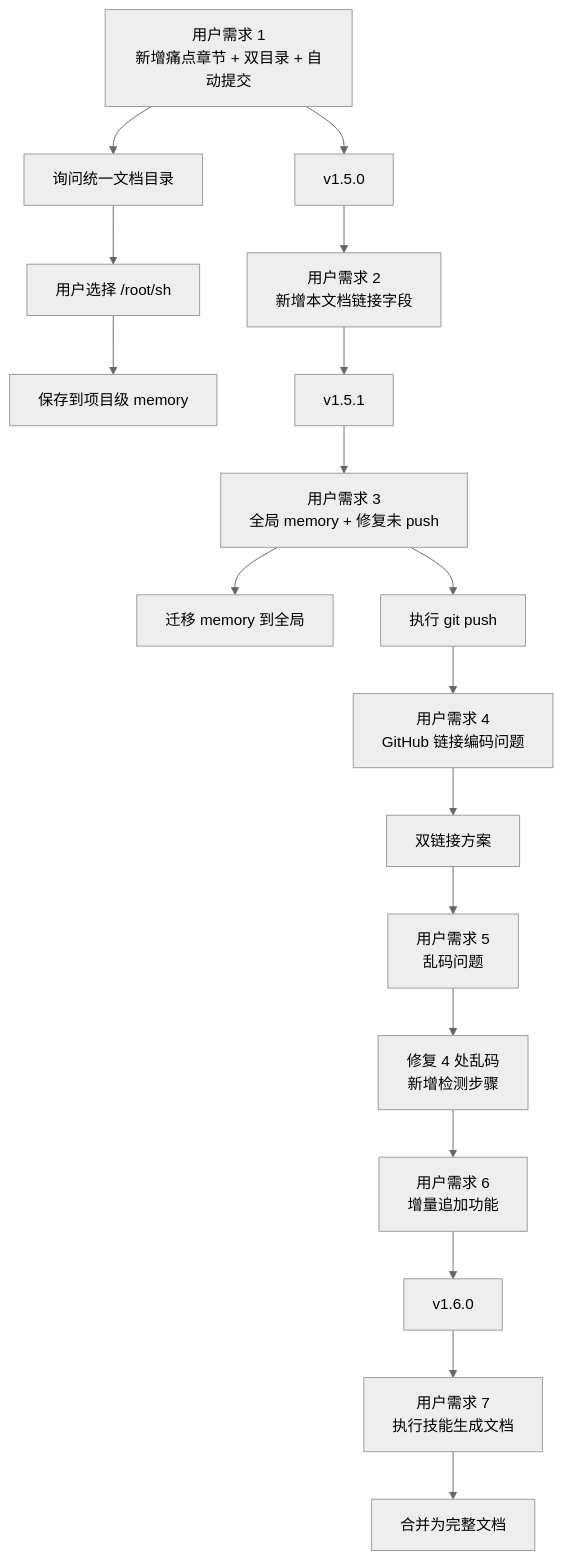
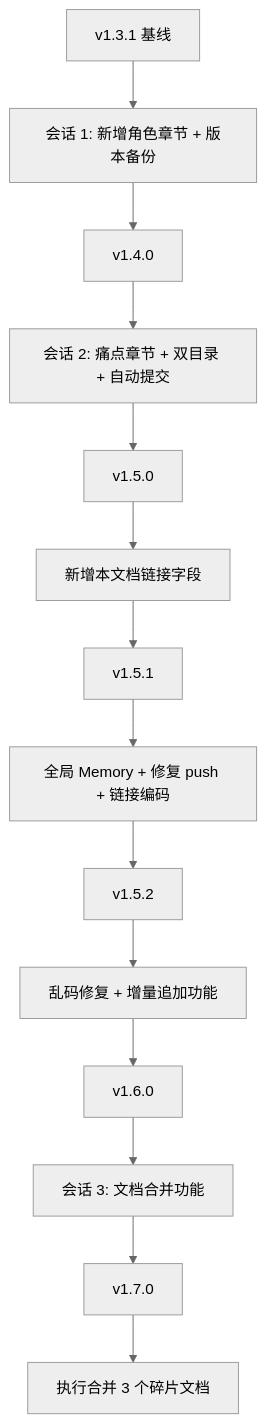
The fifth of 8 diagrams in doc/ai-explore/2026-04-11-my-explore-doc-record技能优化实践探索之旅.md (chujun/aiubuntu1-sh), drawn with Mermaid (neutral theme) before and after one commit. The commit also changed other lines of this file and 2 other files, not shown here.

````diff
--- a/doc/ai-explore/2026-04-11-my-explore-doc-record技能优化实践探索之旅.md
+++ b/doc/ai-explore/2026-04-11-my-explore-doc-record技能优化实践探索之旅.md
@@ -196,20 +222,16 @@
 ```mermaid
 flowchart TD
-    A["用户需求 1<br/>新增痛点章节 + 双目录 + 自动提交"] --> B["v1.5.0"]
-    A --> C["询问统一文档目录"]
-    C --> D["用户选择 /root/sh"]
-    D --> E["保存到项目级 memory"]
-    B --> F["用户需求 2<br/>新增本文档链接字段"]
+    A["v1.3.1 基线"] --> B["会话 1: 新增角色章节 + 版本备份"]
+    B --> C["v1.4.0"]
+    C --> D["会话 2: 痛点章节 + 双目录 + 自动提交"]
+    D --> E["v1.5.0"]
+    E --> F["新增本文档链接字段"]
     F --> G["v1.5.1"]
-    G --> H["用户需求 3<br/>全局 memory + 修复未 push"]
-    H --> I["迁移 memory 到全局"]
-    H --> J["执行 git push"]
-    J --> K["用户需求 4<br/>GitHub 链接编码问题"]
-    K --> L["双链接方案"]
-    L --> M["用户需求 5<br/>乱码问题"]
-    M --> N["修复 4 处乱码<br/>新增检测步骤"]
-    N --> O["用户需求 6<br/>增量追加功能"]
-    O --> P["v1.6.0"]
-    P --> Q["用户需求 7<br/>执行技能生成文档"]
-    Q --> R["合并为完整文档"]
+    G --> H["全局 Memory + 修复 push + 链接编码"]
+    H --> I["v1.5.2"]
+    I --> J["乱码修复 + 增量追加功能"]
+    J --> K["v1.6.0"]
+    K --> L["会话 3: 文档合并功能"]
+    L --> M["v1.7.0"]
+    M --> N["执行合并 3 个碎片文档"]
 ```
````
